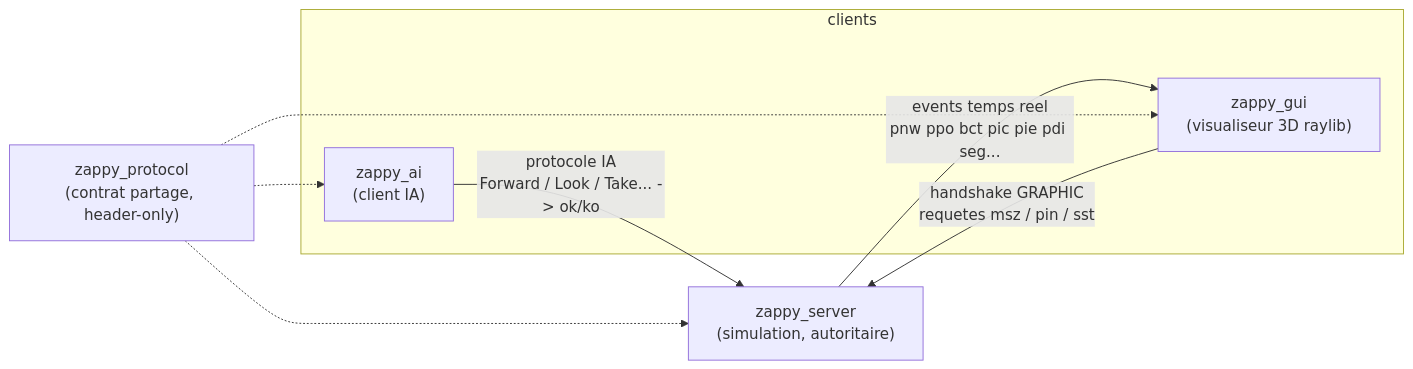
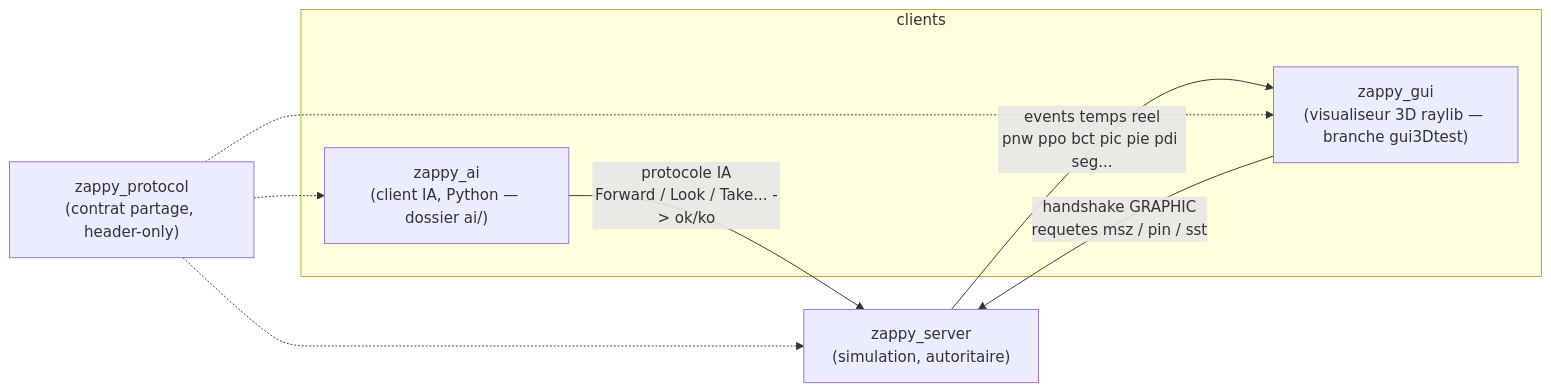
Before and after one commit to Raphaeldumon/Zappy: the first of 4 diagrams in docs/01_architecture/08_uml_overview.md, drawn with Mermaid. The commit also changed other lines of this file and 1 other file, not shown here.

Commit message:
fix(docs): server and uml

````diff
--- a/docs/01_architecture/08_uml_overview.md
+++ b/docs/01_architecture/08_uml_overview.md
@@ -8,18 +8,18 @@
 ```mermaid
 flowchart LR
     subgraph clients
-        AI["zappy_ai<br/>(client IA)"]
-        GUI["zappy_gui<br/>(visualiseur 3D raylib)"]
+        AI["zappy_ai<br/>(client IA, Python — dossier ai/)"]
+        GUI["zappy_gui<br/>(visualiseur 3D raylib — branche gui3Dtest)"]
     end
 
     SRV["zappy_server<br/>(simulation, autoritaire)"]
 
     AI -- "protocole IA<br/>Forward / Look / Take... -> ok/ko" --> SRV
     GUI -- "handshake GRAPHIC<br/>requetes msz / pin / sst" --> SRV
     SRV -- "events temps reel<br/>pnw ppo bct pic pie pdi seg..." --> GUI
 
     PROTO["zappy_protocol<br/>(contrat partage, header-only)"]
     PROTO -.-> AI
     PROTO -.-> GUI
     PROTO -.-> SRV
 ```
````
